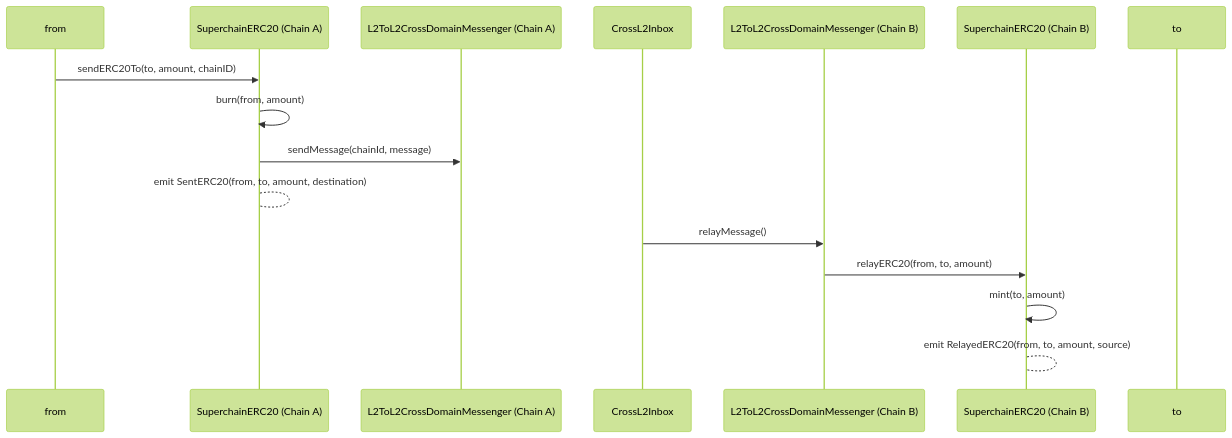
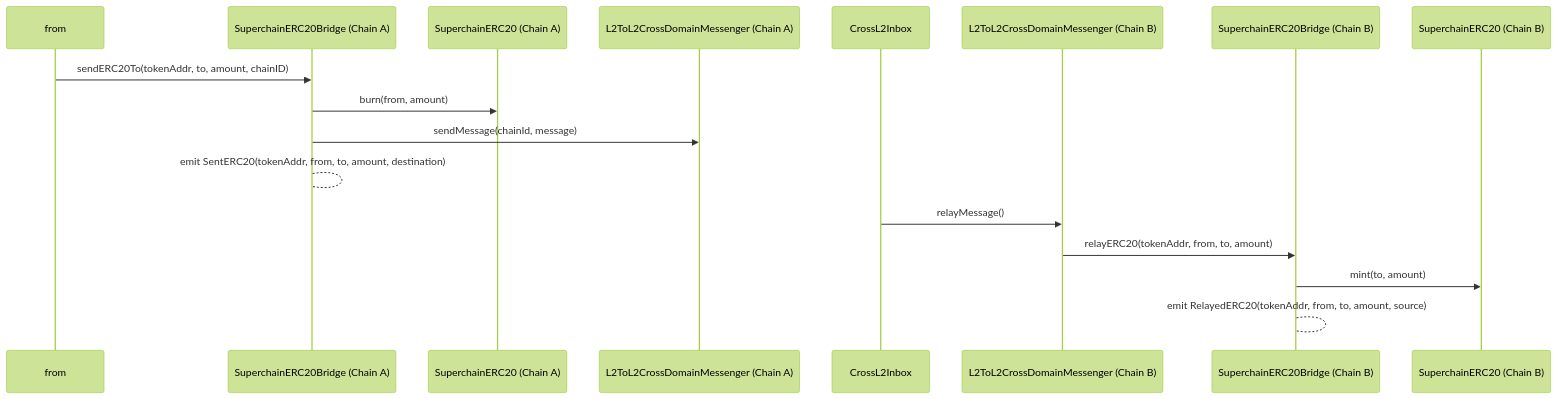
The first of 3 diagrams in specs/interop/token-bridging.md (ethereum-optimism/specs), drawn with Mermaid (forest theme) before and after one commit. The commit also changed other lines of this file and 1 other file, not shown here.

First line of the commit message:
SuperchainERC20 redesign (#384)

````diff
--- a/specs/interop/token-bridging.md
+++ b/specs/interop/token-bridging.md
@@ -86,19 +75,20 @@
 ```mermaid
 sequenceDiagram
   participant from
+  participant L2SBA as SuperchainERC20Bridge (Chain A)
   participant SuperERC20_A as SuperchainERC20 (Chain A)
   participant Messenger_A as L2ToL2CrossDomainMessenger (Chain A)
   participant Inbox as CrossL2Inbox
   participant Messenger_B as L2ToL2CrossDomainMessenger (Chain B)
+  participant L2SBB as SuperchainERC20Bridge (Chain B)
   participant SuperERC20_B as SuperchainERC20 (Chain B)
-  participant Recipient as to
 
-  from->>SuperERC20_A: sendERC20To(to, amount, chainID)
-  SuperERC20_A->>SuperERC20_A: burn(from, amount)
-  SuperERC20_A->>Messenger_A: sendMessage(chainId, message)
-  SuperERC20_A-->SuperERC20_A: emit SentERC20(from, to, amount, destination)
+  from->>L2SBA: sendERC20To(tokenAddr, to, amount, chainID)
+  L2SBA->>SuperERC20_A: burn(from, amount)
+  L2SBA->>Messenger_A: sendMessage(chainId, message)
+  L2SBA-->L2SBA: emit SentERC20(tokenAddr, from, to, amount, destination)
   Inbox->>Messenger_B: relayMessage()
-  Messenger_B->>SuperERC20_B: relayERC20(from, to, amount)
-  SuperERC20_B->>SuperERC20_B: mint(to, amount)
-  SuperERC20_B-->SuperERC20_B: emit RelayedERC20(from, to, amount, source)
+  Messenger_B->>L2SBB: relayERC20(tokenAddr, from, to, amount)
+  L2SBB->>SuperERC20_B: mint(to, amount)
+  L2SBB-->L2SBB: emit RelayedERC20(tokenAddr, from, to, amount, source)
 ```
````
